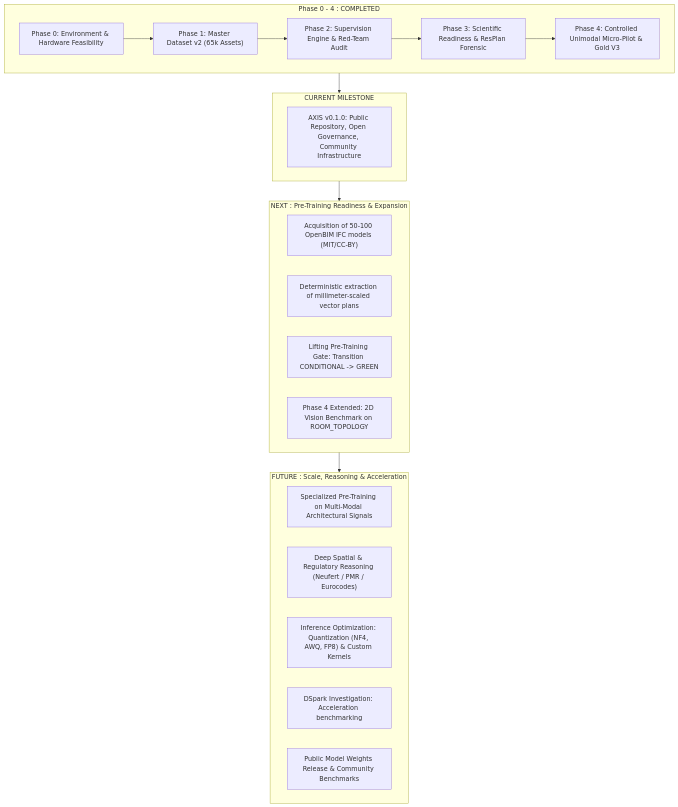
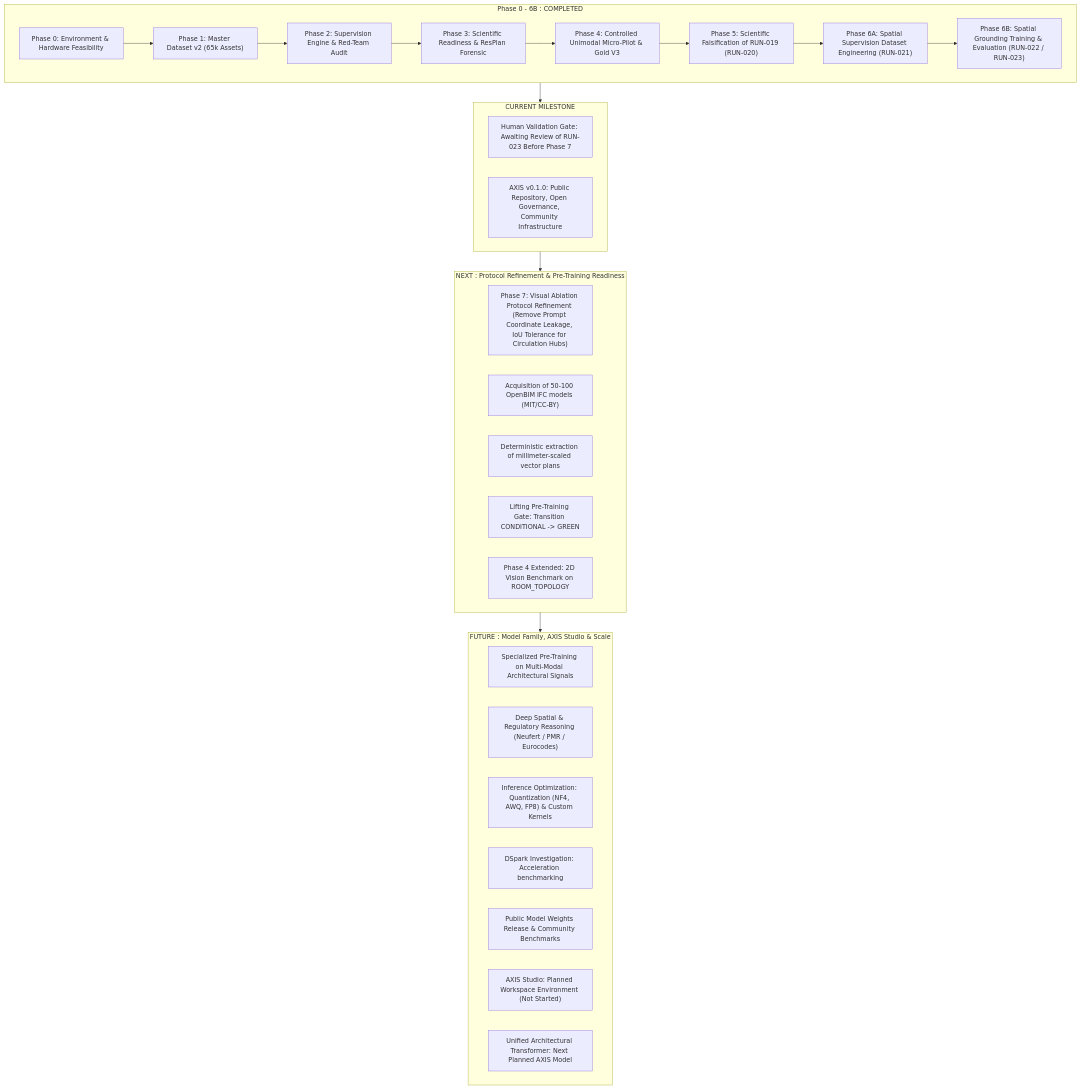
The diagram in ROADMAP.md (EncoreZaan/AXIS), drawn with Mermaid before and after one commit. The commit also changed other lines of this file and 4 other files, not shown here.

````diff
--- a/ROADMAP.md
+++ b/ROADMAP.md
@@ -11,32 +11,39 @@
 ```mermaid
 flowchart TD
-    subgraph COMPLETED ["Phase 0 - 4 : COMPLETED"]
+    subgraph COMPLETED ["Phase 0 - 6B : COMPLETED"]
         M1["Phase 0: Environment & Hardware Feasibility"] --> M2["Phase 1: Master Dataset v2 (65k Assets)"]
         M2 --> M3["Phase 2: Supervision Engine & Red-Team Audit"]
         M3 --> M4["Phase 3: Scientific Readiness & ResPlan Forensic"]
         M4 --> M5["Phase 4: Controlled Unimodal Micro-Pilot & Gold V3"]
+        M5 --> M5B["Phase 5: Scientific Falsification of RUN-019 (RUN-020)"]
+        M5B --> M5C["Phase 6A: Spatial Supervision Dataset Engineering (RUN-021)"]
+        M5C --> M5D["Phase 6B: Spatial Grounding Training & Evaluation (RUN-022 / RUN-023)"]
     end
 
     subgraph CURRENT ["CURRENT MILESTONE"]
-        M6["AXIS v0.1.0: Public Repository, Open Governance, Community Infrastructure"]
+        M6["Human Validation Gate: Awaiting Review of RUN-023 Before Phase 7"]
+        M6B["AXIS v0.1.0: Public Repository, Open Governance, Community Infrastructure"]
     end
 
-    subgraph NEXT ["NEXT : Pre-Training Readiness & Expansion"]
+    subgraph NEXT ["NEXT : Protocol Refinement & Pre-Training Readiness"]
+        M7A["Phase 7: Visual Ablation Protocol Refinement (Remove Prompt Coordinate Leakage, IoU Tolerance for Circulation Hubs)"]
         M7["Acquisition of 50-100 OpenBIM IFC models (MIT/CC-BY)"]
         M8["Deterministic extraction of millimeter-scaled vector plans"]
         M9["Lifting Pre-Training Gate: Transition CONDITIONAL -> GREEN"]
         M10["Phase 4 Extended: 2D Vision Benchmark on ROOM_TOPOLOGY"]
     end
 
-    subgraph FUTURE ["FUTURE : Scale, Reasoning & Acceleration"]
+    subgraph FUTURE ["FUTURE : Model Family, AXIS Studio & Scale"]
         M11["Specialized Pre-Training on Multi-Modal Architectural Signals"]
         M12["Deep Spatial & Regulatory Reasoning (Neufert / PMR / Eurocodes)"]
         M13["Inference Optimization: Quantization (NF4, AWQ, FP8) & Custom Kernels"]
         M14["DSpark Investigation: Acceleration benchmarking"]
         M15["Public Model Weights Release & Community Benchmarks"]
+        M16["AXIS Studio: Planned Workspace Environment (Not Started)"]
+        M17["Unified Architectural Transformer: Next Planned AXIS Model"]
     end
 
     COMPLETED --> CURRENT
     CURRENT --> NEXT
     NEXT --> FUTURE
 ```
````
